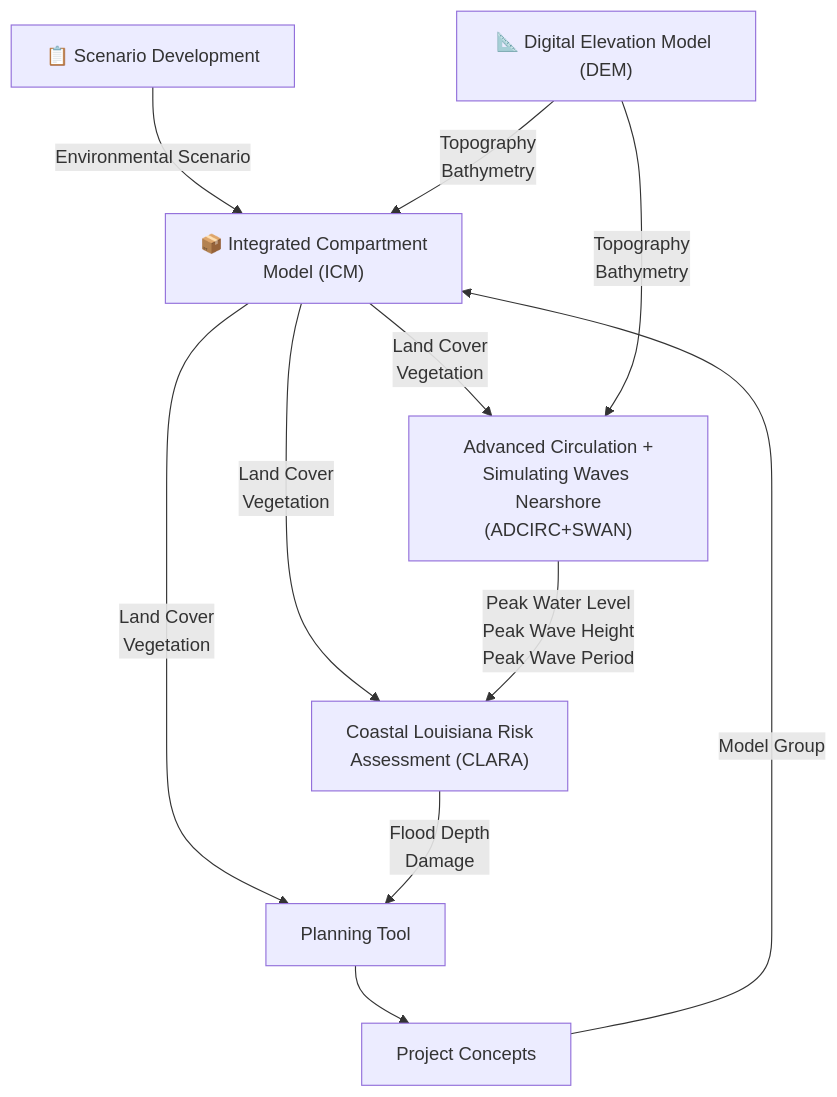
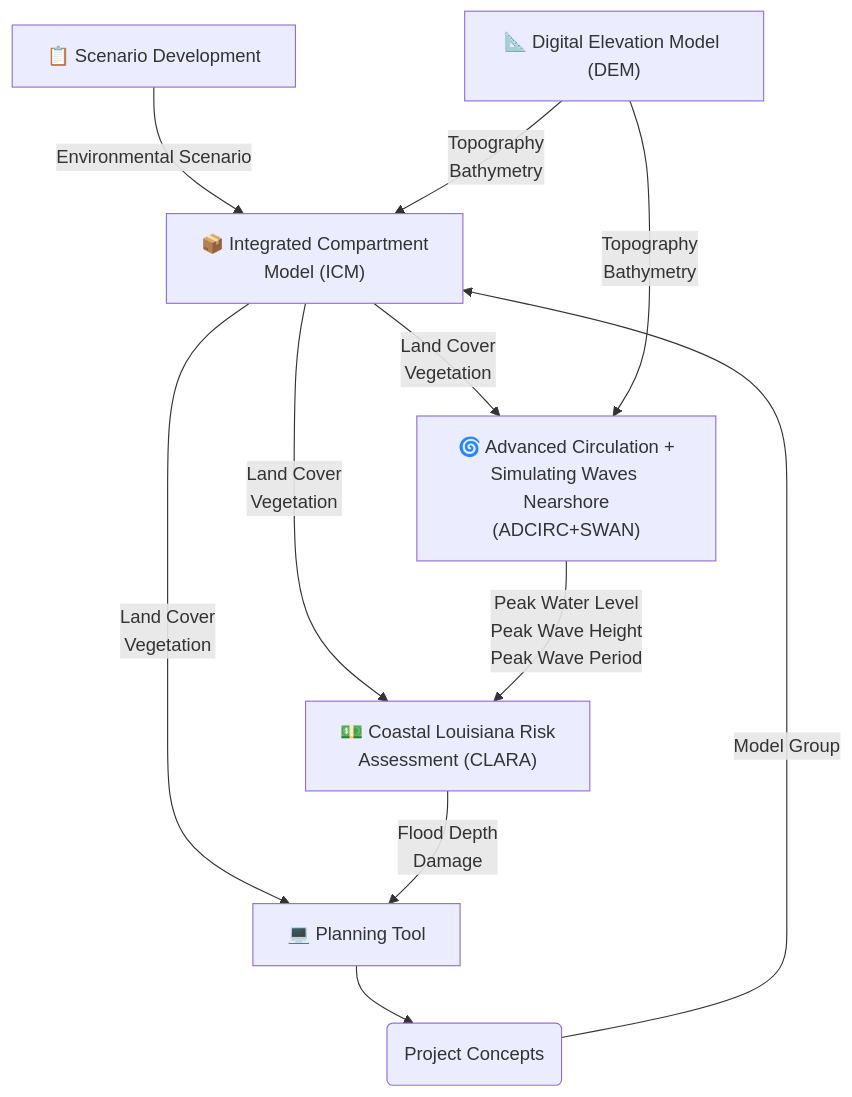
One commit to pscedu/cpra-documentation changed the first of 9 diagrams in README.md. Above: the diagram before and after it, drawn with Mermaid. The commit also changed other lines of this file, not shown here.

Commit message:
feat: add more model icons

````diff
--- a/README.md
+++ b/README.md
@@ -5,14 +5,15 @@
 ```mermaid
 flowchart TD
     Scenarios[📋 Scenario Development] -->|Environmental Scenario| ICM["📦 Integrated Compartment \nModel (ICM)"]
-    Projects[Project Concepts] -->|Model Group| ICM
-    PT[Planning Tool] --> Projects
+    Projects(Project Concepts) -->|Model Group| ICM
+    PT[💻 Planning Tool] --> Projects
     DEM["📐 Digital Elevation Model (DEM)"] -->|Topography\nBathymetry| ICM
-    ICM -->|Land Cover\nVegetation| ADCIRC_SWAN["Advanced Circulation +\nSimulating Waves Nearshore\n(ADCIRC+SWAN)"]
+    ICM -->|Land Cover\nVegetation| ADCIRC_SWAN["🌀 Advanced Circulation +\nSimulating Waves Nearshore\n(ADCIRC+SWAN)"]
     DEM -->|Topography\nBathymetry| ADCIRC_SWAN
-    ICM -->|Land Cover\nVegetation| CLARA["Coastal Louisiana Risk\nAssessment (CLARA)"]
+    ICM -->|Land Cover\nVegetation| CLARA["💵 Coastal Louisiana Risk\nAssessment (CLARA)"]
     ADCIRC_SWAN -->|Peak Water Level\nPeak Wave Height\nPeak Wave Period| CLARA
     ICM -->|Land Cover\nVegetation| PT
     CLARA -->|Flood Depth\nDamage| PT
+
     click Scenarios "#scenario-development"
 ```
````
